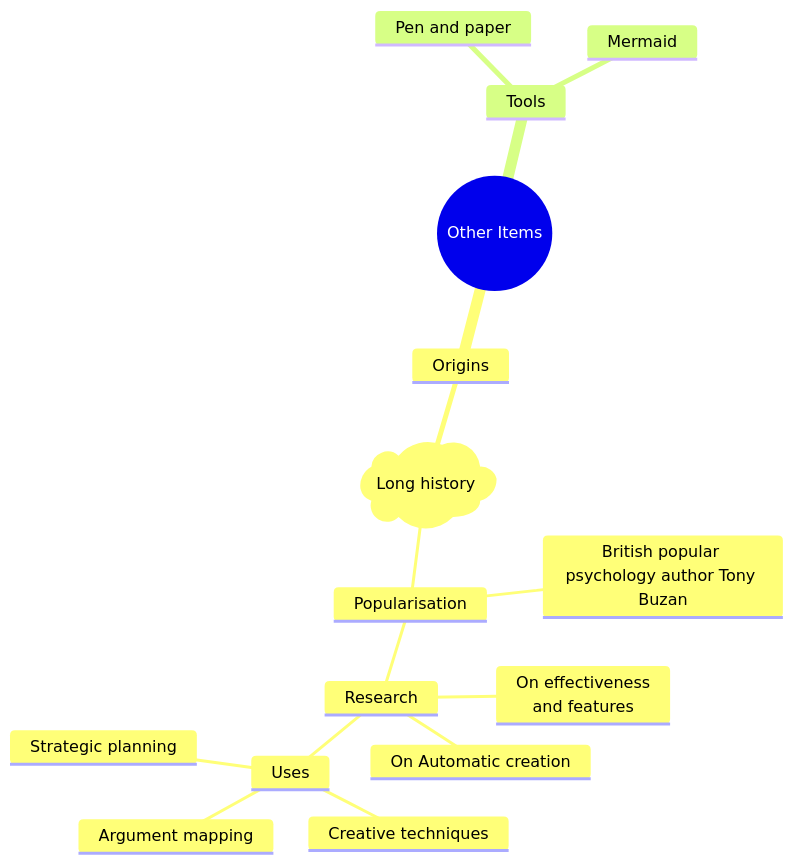
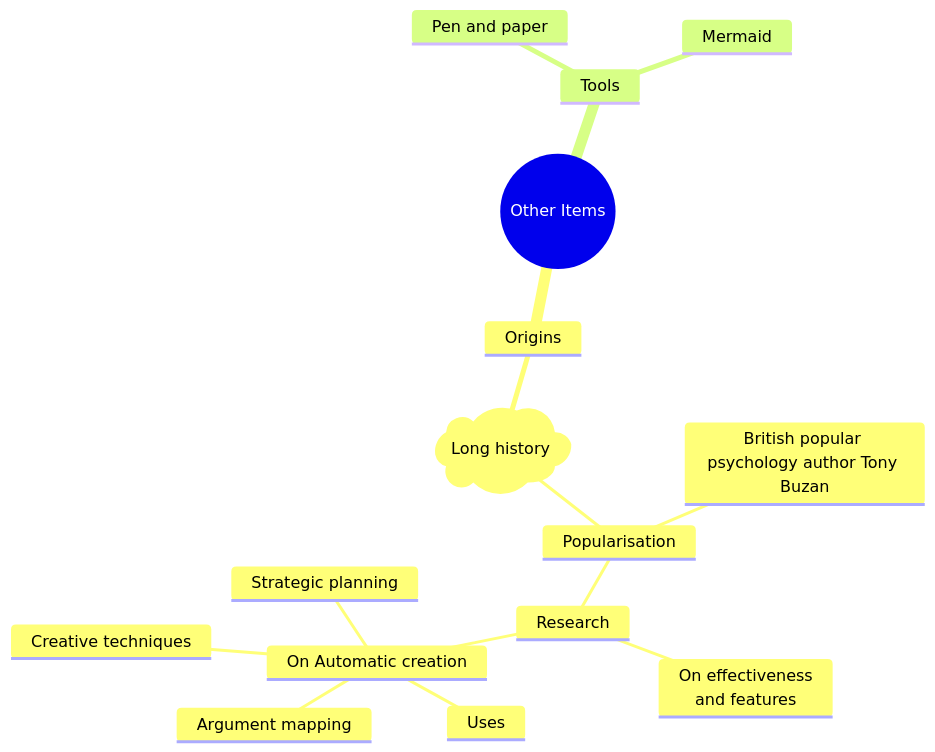
Before and after one commit to gerbssusd/dok: the diagram in slides.md, drawn with Mermaid.

````diff
--- a/slides.md
+++ b/slides.md
@@ -217,22 +217,22 @@
 ```mermaid
 mindmap
   root((Other Items))
     Origins
       )Long history(
        Popularisation
         British popular psychology author Tony Buzan
         Research
           On effectiveness<br/>and features
          On Automatic creation
-         Uses
+            Uses
             Creative techniques
             Strategic planning
             Argument mapping
     Tools
       Pen and paper
       Mermaid
 
 
 
 
 ```
````
